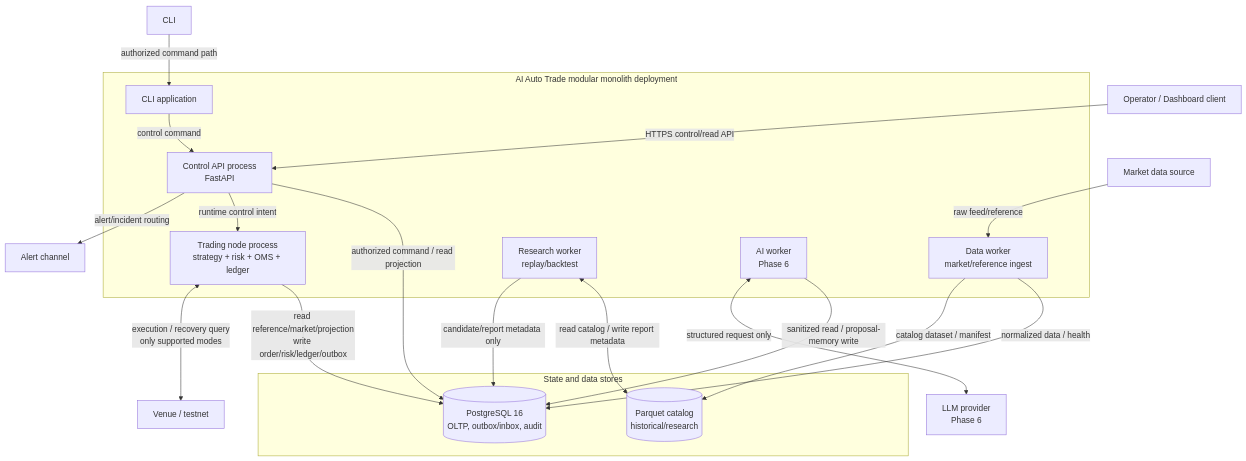
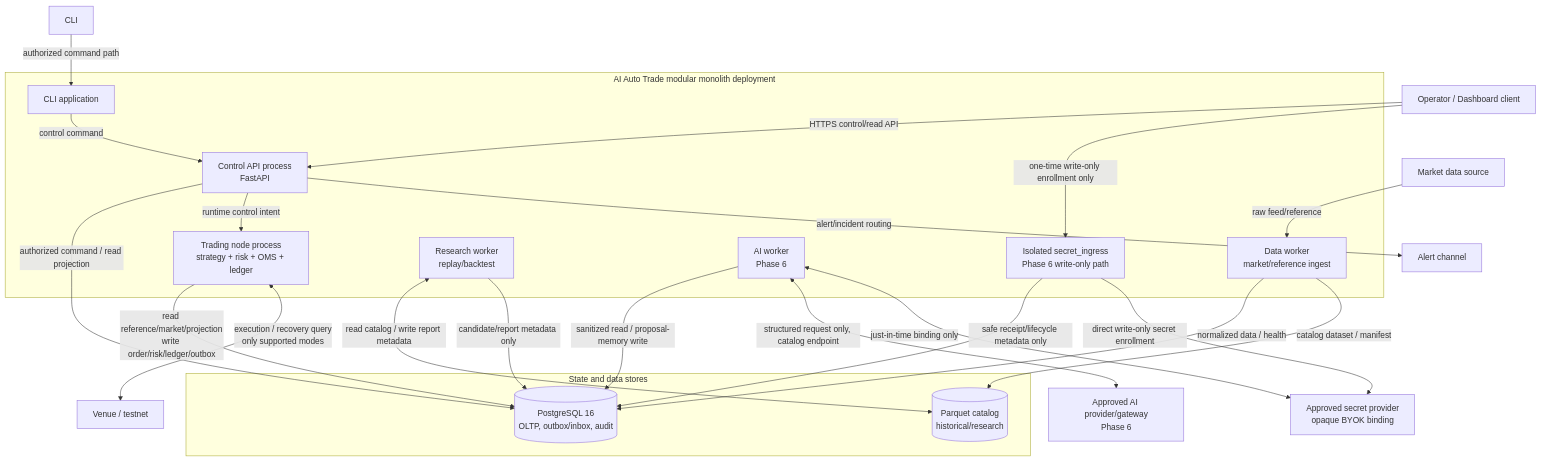
One commit to LonelyTraderBay/AI_Auto_Trade changed the diagram in docs/02-architecture/c4-container.md. Above: the diagram before and after it, drawn with Mermaid. The commit also changed other lines of this file and 56 other files, not shown here.

```diff
--- a/docs/02-architecture/c4-container.md
+++ b/docs/02-architecture/c4-container.md
@@ -20,40 +20,46 @@
 ~~~mermaid
 flowchart TB
     U[Operator / Dashboard client]
     CLI[CLI]
     VENUE[Venue / testnet]
     DATA[Market data source]
     ALERT[Alert channel]
-    LLM[LLM provider<br/>Phase 6]
+    LLM[Approved AI provider/gateway<br/>Phase 6]
+    VAULT[Approved secret provider<br/>opaque BYOK binding]
 
     subgraph PLATFORM[AI Auto Trade modular monolith deployment]
         API[Control API process<br/>FastAPI]
         NODE[Trading node process<br/>strategy + risk + OMS + ledger]
         DW[Data worker<br/>market/reference ingest]
         RW[Research worker<br/>replay/backtest]
         AIW[AI worker<br/>Phase 6]
+        ING[Isolated secret_ingress<br/>Phase 6 write-only path]
         CLIAPP[CLI application]
     end
 
     subgraph STATE[State and data stores]
         PG[(PostgreSQL 16<br/>OLTP, outbox/inbox, audit)]
         PQ[(Parquet catalog<br/>historical/research)]
     end
 
     U -->|HTTPS control/read API| API
+    U -->|one-time write-only enrollment only| ING
     CLI -->|authorized command path| CLIAPP
     CLIAPP -->|control command| API
     API -->|authorized command / read projection| PG
     API -->|runtime control intent| NODE
     API -->|alert/incident routing| ALERT
+    ING -->|safe receipt/lifecycle metadata only| PG
+    ING -->|direct write-only secret enrollment| VAULT
 
     DATA -->|raw feed/reference| DW
     DW -->|normalized data / health| PG
     DW -->|catalog dataset / manifest| PQ
     NODE -->|read reference/market/projection<br/>write order/risk/ledger/outbox| PG
     NODE <-->|execution / recovery query<br/>only supported modes| VENUE
     RW <-->|read catalog / write report metadata| PQ
     RW -->|candidate/report metadata only| PG
     AIW -->|sanitized read / proposal-memory write| PG
-    AIW <-->|structured request only| LLM
+    AIW <-->|structured request only, catalog endpoint| LLM
+    AIW <-->|just-in-time binding only| VAULT
 ~~~
```
